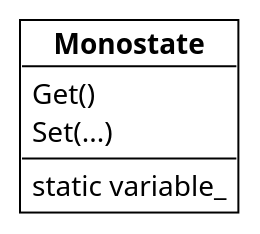
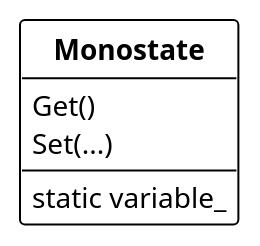
The diagram in creational_patterns/monostate_pattern/monostate_pattern.md (dst80/design-patterns), drawn with PlantUML before and after one commit. The commit also changed 10 other files, not shown here.

````diff
--- a/creational_patterns/monostate_pattern/monostate_pattern.md
+++ b/creational_patterns/monostate_pattern/monostate_pattern.md
@@ -5,16 +5,16 @@
 ```plantuml
 @startuml monostate
 !theme plain
 
 skinparam nodesep 50
 skinparam ranksep 40
-
-object "**Monostate**" as Monostate {
+hide circle
+class "**Monostate**" as mmnostate {
     Get()
     Set(...)
     ---
     static variable_
 }
 
 @enduml
 ```
````
